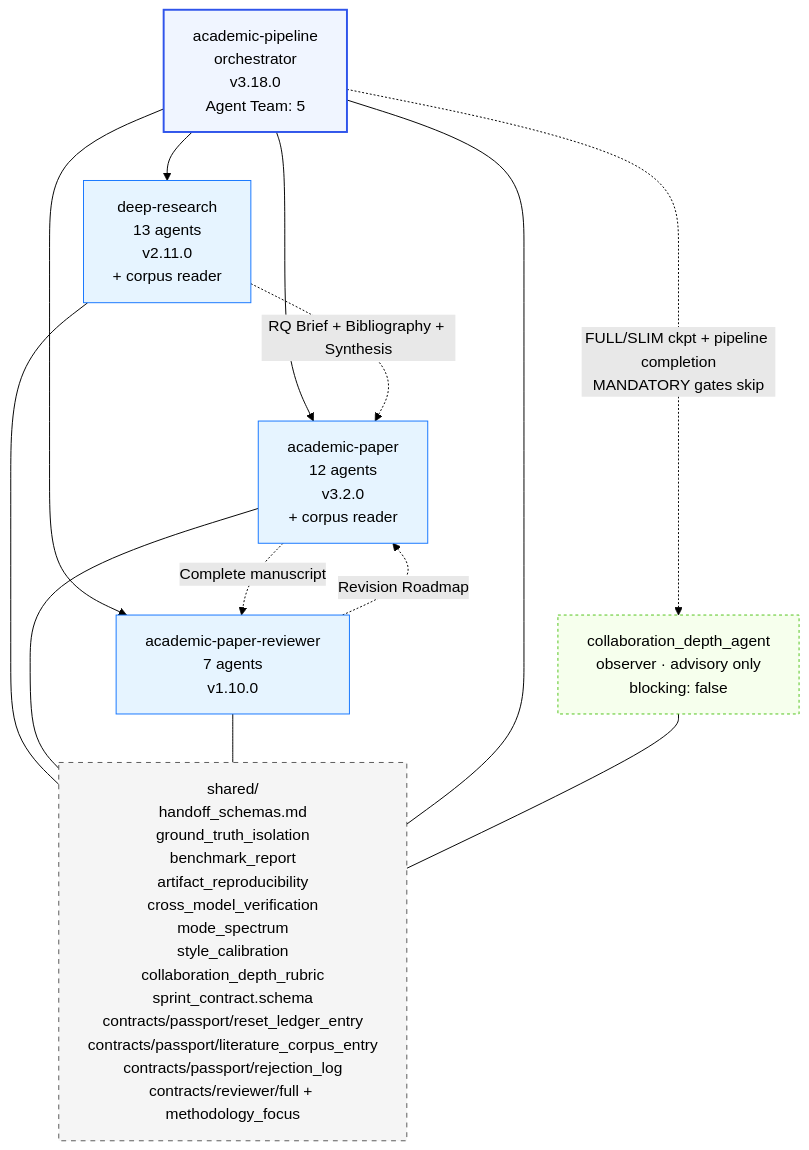
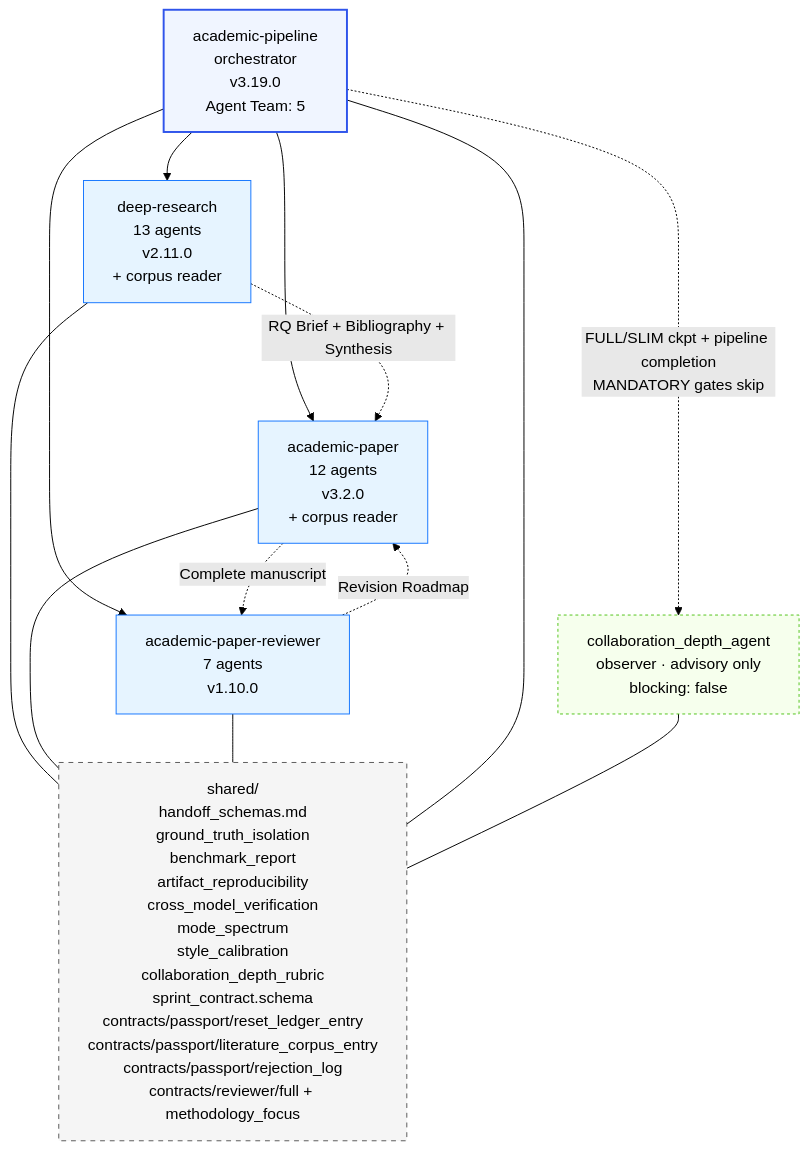
One commit to Imbad0202/academic-research-skills changed the fourth of 5 diagrams in docs/ARCHITECTURE.md. Above: the diagram before and after it, drawn with Mermaid (forest theme). The commit also changed other lines of this file and 9 other files, not shown here.

````diff
--- a/docs/ARCHITECTURE.md
+++ b/docs/ARCHITECTURE.md
@@ -201,31 +201,31 @@
 ```mermaid
 graph TD
-    Pipeline[academic-pipeline<br/>orchestrator<br/>v3.18.0<br/>Agent Team: 5]
+    Pipeline[academic-pipeline<br/>orchestrator<br/>v3.19.0<br/>Agent Team: 5]
     Observer[collaboration_depth_agent<br/>observer · advisory only<br/>blocking: false]
     DR[deep-research<br/>13 agents<br/>v2.11.0<br/>+ corpus reader]
     AP[academic-paper<br/>12 agents<br/>v3.2.0<br/>+ corpus reader]
     APR[academic-paper-reviewer<br/>7 agents<br/>v1.10.0]
     Shared[shared/<br/>handoff_schemas.md<br/>ground_truth_isolation<br/>benchmark_report<br/>artifact_reproducibility<br/>cross_model_verification<br/>mode_spectrum<br/>style_calibration<br/>collaboration_depth_rubric<br/>sprint_contract.schema<br/>contracts/passport/reset_ledger_entry<br/>contracts/passport/literature_corpus_entry<br/>contracts/passport/rejection_log<br/>contracts/reviewer/full + methodology_focus]
 
     Pipeline --> DR
     Pipeline --> AP
     Pipeline --> APR
     Pipeline -. "FULL/SLIM ckpt + pipeline completion<br/>MANDATORY gates skip" .-> Observer
     DR -. "RQ Brief + Bibliography + Synthesis" .-> AP
     AP -. "Complete manuscript" .-> APR
     APR -. "Revision Roadmap" .-> AP
     DR --- Shared
     AP --- Shared
     APR --- Shared
     Pipeline --- Shared
     Observer --- Shared
 
     classDef orch fill:#f0f5ff,stroke:#2f54eb,stroke-width:2px
     classDef skill fill:#e6f4ff,stroke:#1677ff
     classDef shared fill:#f5f5f5,stroke:#595959,stroke-dasharray:5 5
     classDef observer fill:#f6ffed,stroke:#52c41a,stroke-dasharray:3 3
     class Pipeline orch
     class DR,AP,APR skill
     class Shared shared
     class Observer observer
 ```
````
